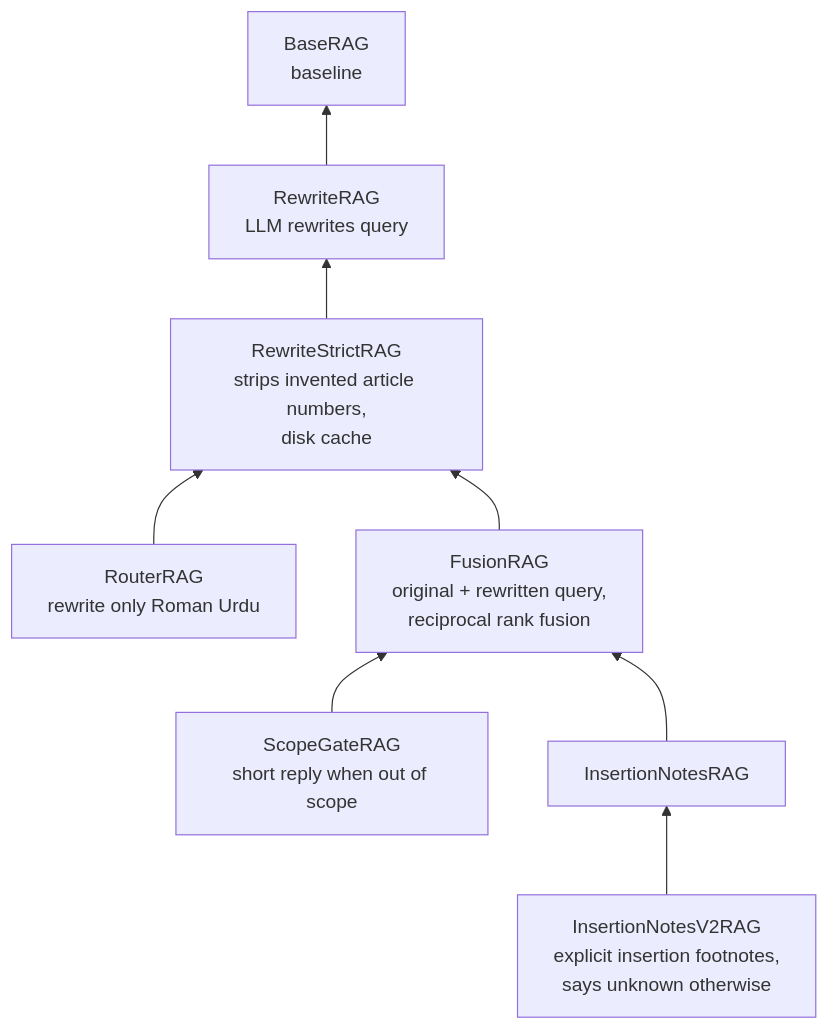
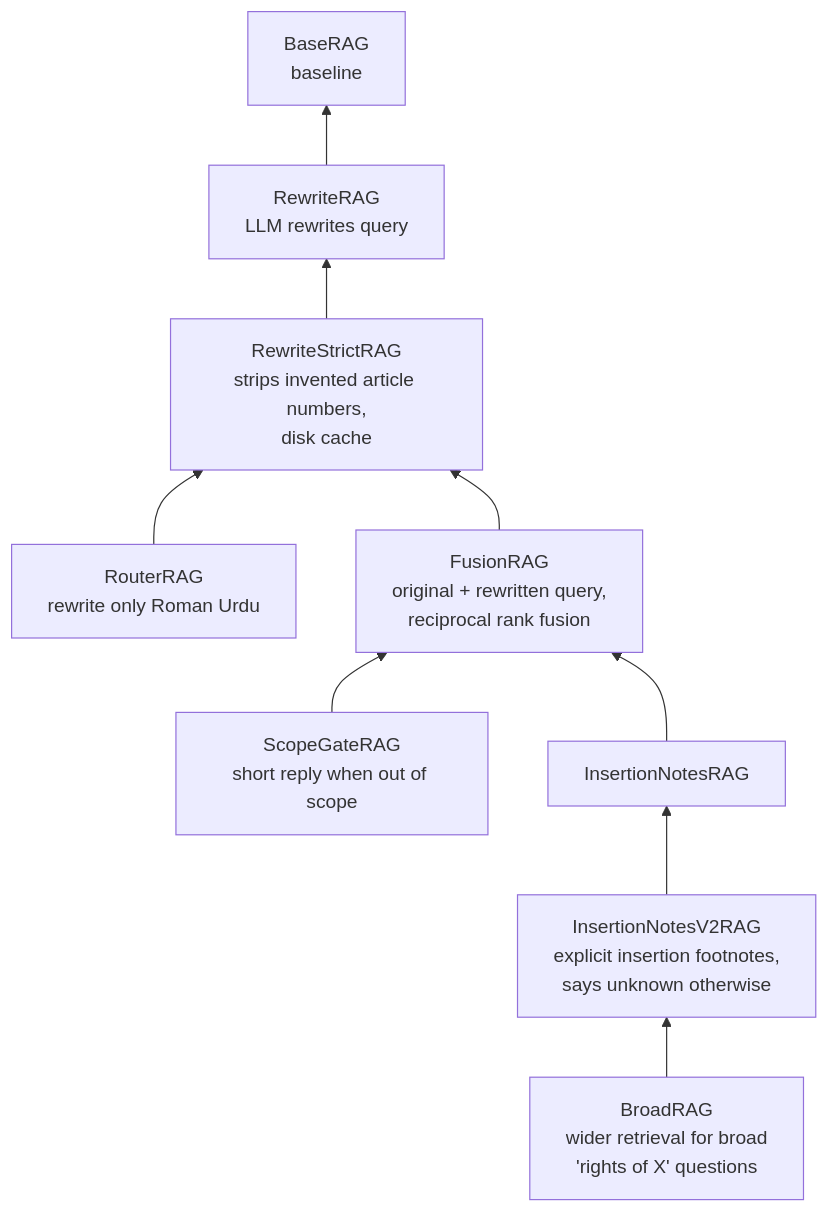
Before and after one commit to ZimranSohail/Law_bot: the second of 2 diagrams in README.md, drawn with Mermaid. The commit also changed other lines of this file and 1 other file, not shown here.

````diff
--- a/README.md
+++ b/README.md
@@ -49,19 +58,21 @@
 ```mermaid
 flowchart BT
     B["BaseRAG<br/>baseline"]
     R["RewriteRAG<br/>LLM rewrites query"]
     S["RewriteStrictRAG<br/>strips invented article numbers,<br/>disk cache"]
     RT["RouterRAG<br/>rewrite only Roman Urdu"]
     F["FusionRAG<br/>original + rewritten query,<br/>reciprocal rank fusion"]
     SC["ScopeGateRAG<br/>short reply when out of scope"]
     I1["InsertionNotesRAG"]
     I2["InsertionNotesV2RAG<br/>explicit insertion footnotes,<br/>says unknown otherwise"]
+    BR["BroadRAG<br/>wider retrieval for broad<br/>'rights of X' questions"]
 
     R --> B
     S --> R
     RT --> S
     F --> S
     SC --> F
     I1 --> F
     I2 --> I1
+    BR --> I2
 ```
````
